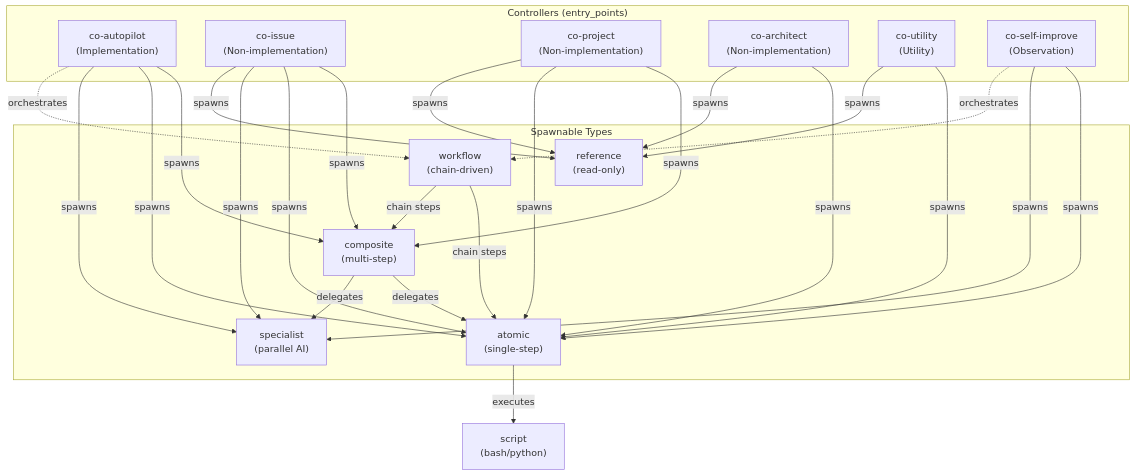
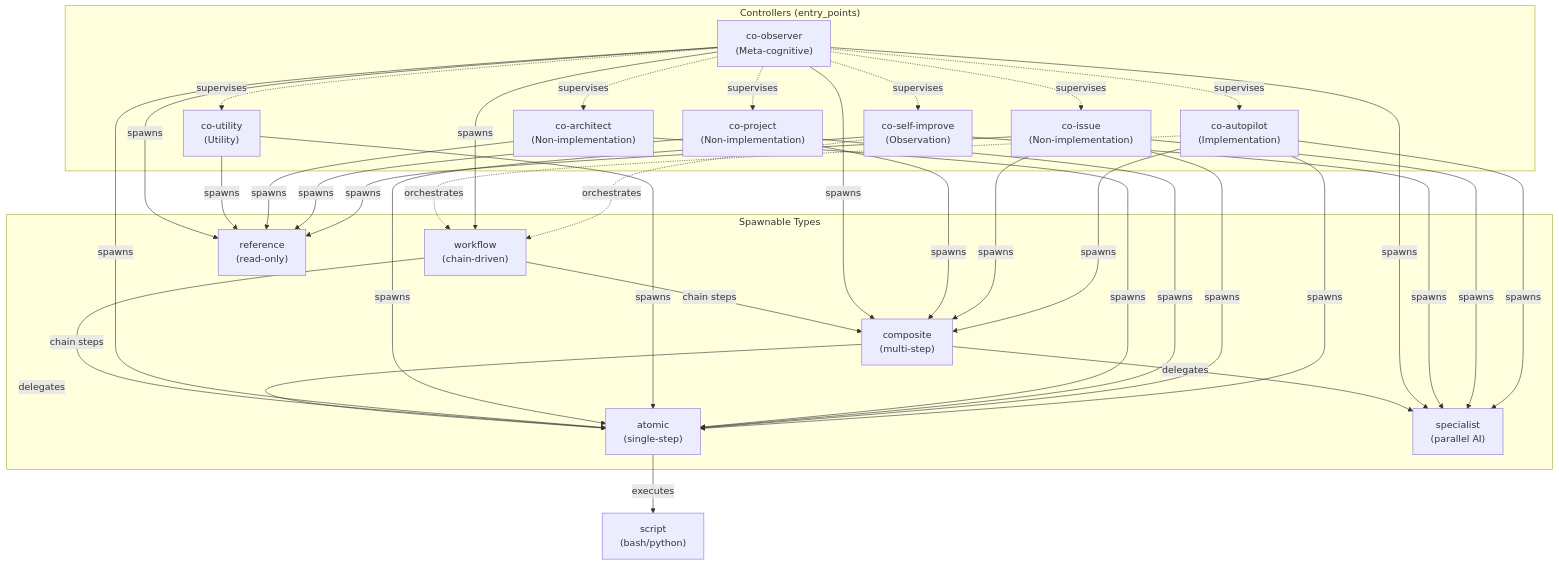
The second of 6 diagrams in plugins/twl/architecture/domain/model.md (shuu5/twill), drawn with Mermaid before and after one commit. The commit also changed other lines of this file, not shown here.

First line of the commit message:
docs(model): Observer entity と supervises 関係を model.md に追加

````diff
--- a/plugins/twl/architecture/domain/model.md
+++ b/plugins/twl/architecture/domain/model.md
@@ -89,49 +106,62 @@
 ```mermaid
 graph TD
     subgraph "Controllers (entry_points)"
         CA["co-autopilot<br/>(Implementation)"]
         CI["co-issue<br/>(Non-implementation)"]
         CP["co-project<br/>(Non-implementation)"]
         CR["co-architect<br/>(Non-implementation)"]
         CU["co-utility<br/>(Utility)"]
         CS["co-self-improve<br/>(Observation)"]
+        CO["co-observer<br/>(Meta-cognitive)"]
     end
 
     subgraph "Spawnable Types"
         WF["workflow<br/>(chain-driven)"]
         CM["composite<br/>(multi-step)"]
         AT["atomic<br/>(single-step)"]
         SP["specialist<br/>(parallel AI)"]
         RF["reference<br/>(read-only)"]
     end
 
     CA -->|spawns| CM
     CA -->|spawns| AT
     CA -->|spawns| SP
 
     CI -->|spawns| CM
     CI -->|spawns| AT
     CI -->|spawns| SP
     CI -->|spawns| RF
 
     CP -->|spawns| CM
     CP -->|spawns| AT
     CP -->|spawns| RF
 
     CR -->|spawns| AT
     CR -->|spawns| RF
 
     CU -->|spawns| AT
     CU -->|spawns| RF
 
     CS -->|spawns| AT
     CS -->|spawns| SP
     CS -.->|orchestrates| WF
 
+    CO -.->|supervises| CA
+    CO -.->|supervises| CI
+    CO -.->|supervises| CP
+    CO -.->|supervises| CR
+    CO -.->|supervises| CU
+    CO -.->|supervises| CS
+    CO -->|spawns| WF
+    CO -->|spawns| AT
+    CO -->|spawns| CM
+    CO -->|spawns| SP
+    CO -->|spawns| RF
+
     CA -.->|orchestrates| WF
     WF -->|chain steps| AT
     WF -->|chain steps| CM
     CM -->|delegates| AT
     CM -->|delegates| SP
     AT -->|executes| SC["script<br/>(bash/python)"]
 ```
````
